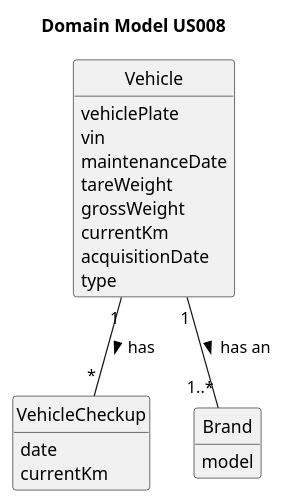
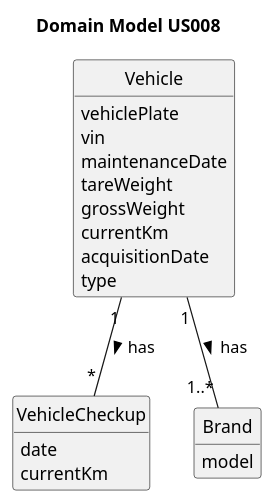
One commit to RicardoMorim/lapr2-ISEP-Project changed the diagram in docs/sprintA/us008/02.analysis/puml/us008-domain-model.puml. Above: the diagram before and after it, drawn with PlantUML.

Commit message:
updated us008

```diff
--- a/docs/sprintA/us008/02.analysis/puml/us008-domain-model.puml
+++ b/docs/sprintA/us008/02.analysis/puml/us008-domain-model.puml
@@ -1,36 +1,36 @@
 @startuml
 skinparam monochrome true
 skinparam packageStyle rectangle
 skinparam shadowing false
 
 skinparam classAttributeIconSize 0
 
 hide circle
 hide methods
 
 title Domain Model US008
 
 class VehicleCheckup {
     date
     currentKm
 }
 
 class Vehicle {
     vehiclePlate
     vin
     maintenanceDate
     tareWeight
     grossWeight
     currentKm
     acquisitionDate
     type
 }
 
 class Brand {
     model
 }
 
 Vehicle "1" -- "*" VehicleCheckup: has >
-Vehicle "1" -- "1..*" Brand: has an >
+Vehicle "1" -- "1..*" Brand: has >
 
 @enduml
```
